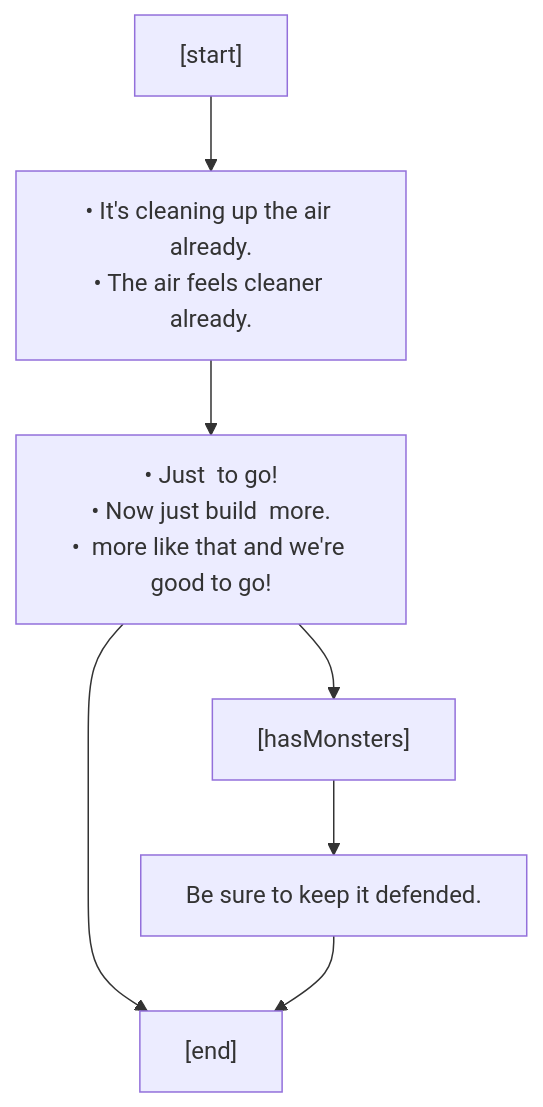
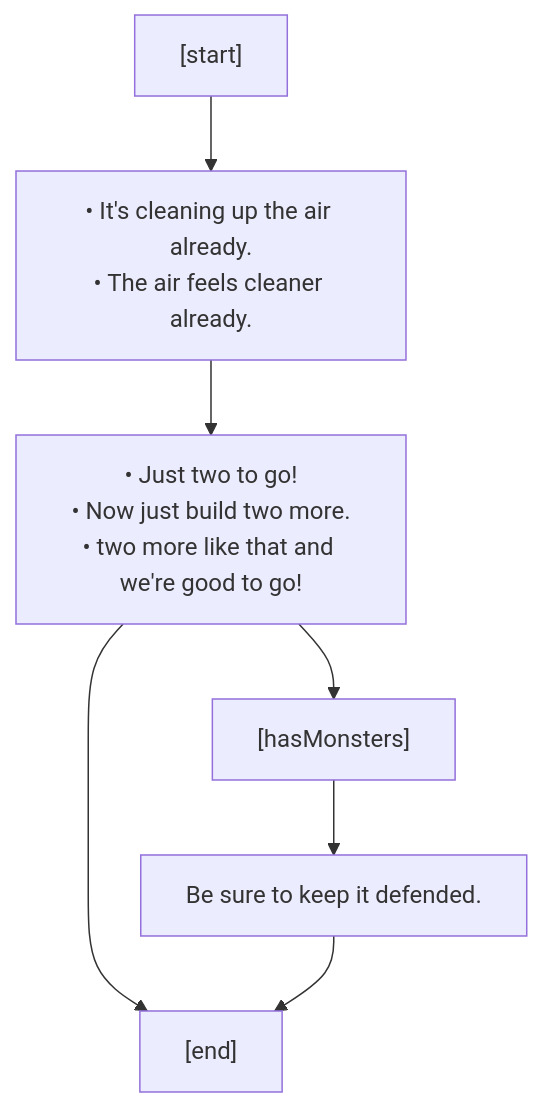
Before and after one commit to charredUtensil/groundhog: the fourth of 6 diagrams in src/core/lore/graphs/build_and_power.md, drawn with Mermaid. The commit also changed other lines of this file and 8 other files, not shown here.

````diff
--- a/src/core/lore/graphs/build_and_power.md
+++ b/src/core/lore/graphs/build_and_power.md
@@ -50,15 +50,15 @@
 ```mermaid
 flowchart TD;
 P0["[start]"]
 P0 --> P1
 P1["&bull; It's cleaning up the air already.<br/>&bull; The air feels cleaner already."]
 P1 --> P2
-P2["&bull; Just  to go!<br/>&bull; Now just build  more.<br/>&bull;  more like that and we're good to go!"]
+P2["&bull; Just two to go!<br/>&bull; Now just build two more.<br/>&bull; two more like that and we're good to go!"]
 P2 --> P3
 P2 --> P5
 P3["[hasMonsters]"]
 P3 --> P4
 P4["Be sure to keep it defended."]
 P4 --> P5
 P5["[end]"]
 ```
````
